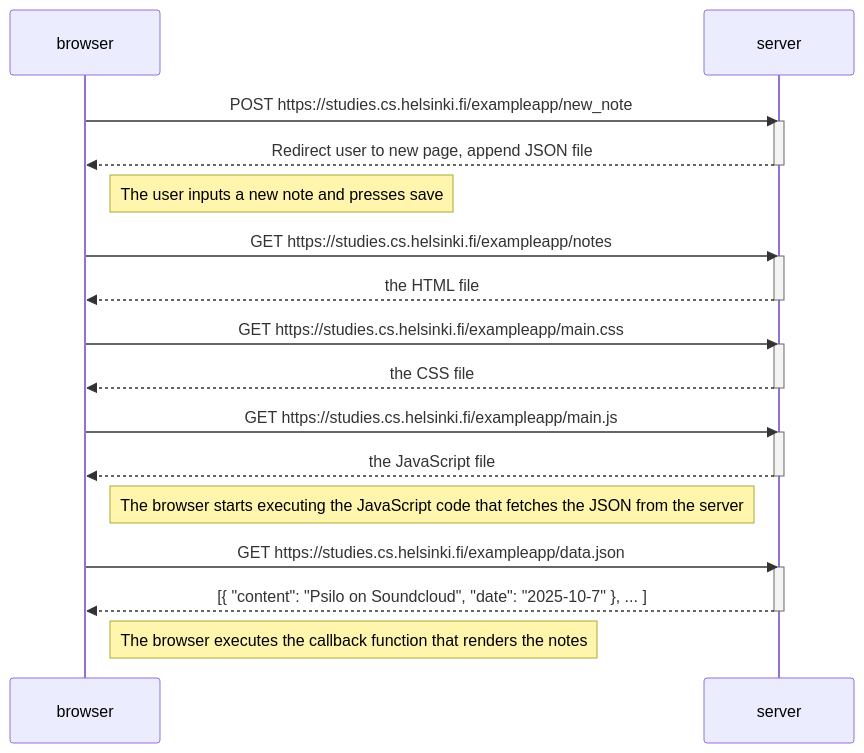
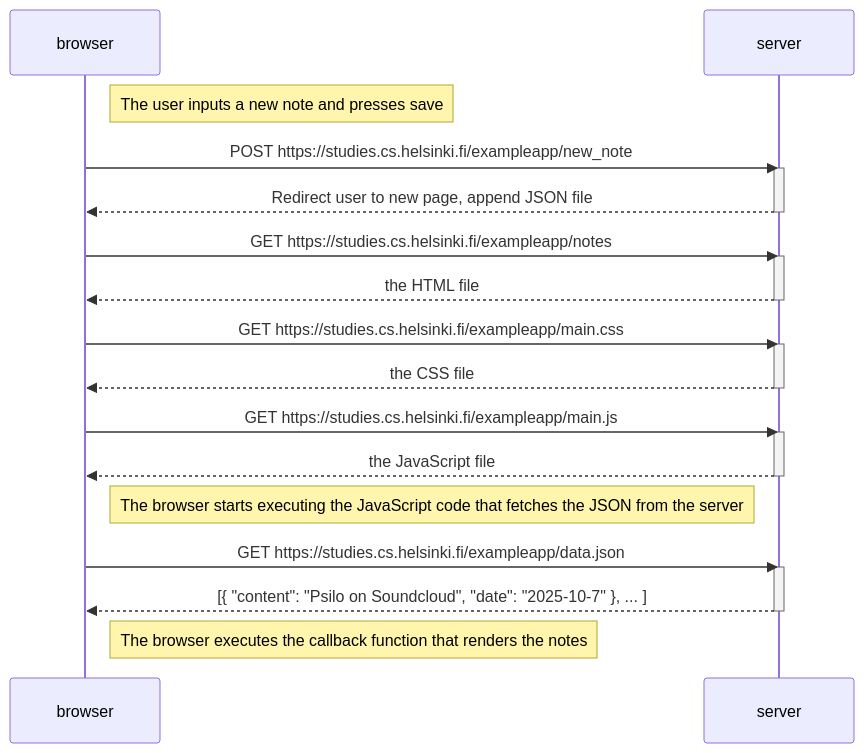
The diagram in part0/0.4-new-note-diagram.md (astoaks05/fullstackopen), drawn with Mermaid before and after one commit.

Commit message:
Put the user action above the actual event

````diff
--- a/part0/0.4-new-note-diagram.md
+++ b/part0/0.4-new-note-diagram.md
@@ -1,36 +1,37 @@
 ```mermaid
 sequenceDiagram
     participant browser
     participant server
+
+    Note right of browser: The user inputs a new note and presses save
 
     browser->>server: POST https://studies.cs.helsinki.fi/exampleapp/new_note
     activate server
     server-->>browser: Redirect user to new page, append JSON file
     deactivate server
 
-    Note right of browser: The user inputs a new note and presses save
 
     browser->>server: GET https://studies.cs.helsinki.fi/exampleapp/notes
     activate server
     server-->>browser: the HTML file
     deactivate server
 
     browser->>server: GET https://studies.cs.helsinki.fi/exampleapp/main.css
     activate server
     server-->>browser: the CSS file
     deactivate server
 
     browser->>server: GET https://studies.cs.helsinki.fi/exampleapp/main.js
     activate server
     server-->>browser: the JavaScript file
     deactivate server
 
     Note right of browser: The browser starts executing the JavaScript code that fetches the JSON from the server
 
     browser->>server: GET https://studies.cs.helsinki.fi/exampleapp/data.json
     activate server
     server-->>browser: [{ "content": "Psilo on Soundcloud", "date": "2025-10-7" }, ... ]
     deactivate server
 
     Note right of browser: The browser executes the callback function that renders the notes
 ```
````
